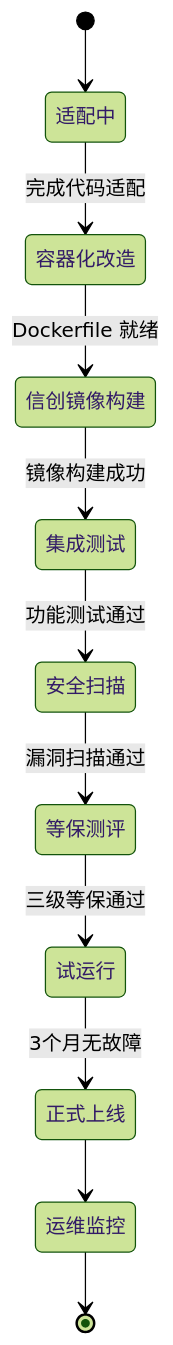
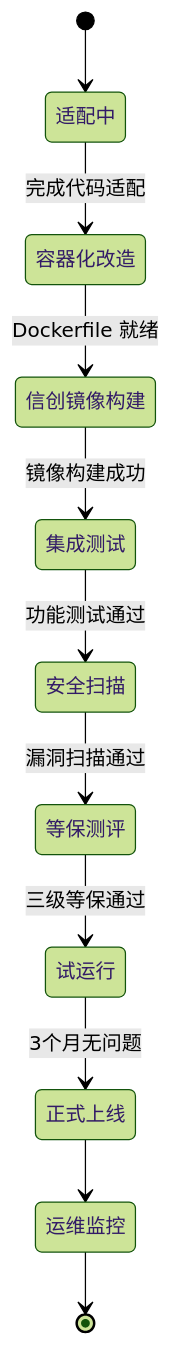
One commit to kudig-io/kudig-database changed the third of 6 diagrams in domain-20-application-patterns/01-reference-architectures/23-xinchuang-it-innovation.md. Above: the diagram before and after it, drawn with Mermaid (forest theme). The commit also changed 1236 other files, not shown here.

````diff
--- a/domain-20-application-patterns/01-reference-architectures/23-xinchuang-it-innovation.md
+++ b/domain-20-application-patterns/01-reference-architectures/23-xinchuang-it-innovation.md
@@ -227,13 +227,13 @@
 ```mermaid
 stateDiagram-v2
     [*] --> 适配中
     适配中 --> 容器化改造: 完成代码适配
     容器化改造 --> 信创镜像构建: Dockerfile 就绪
     信创镜像构建 --> 集成测试: 镜像构建成功
     集成测试 --> 安全扫描: 功能测试通过
     安全扫描 --> 等保测评: 漏洞扫描通过
     等保测评 --> 试运行: 三级等保通过
-    试运行 --> 正式上线: 3个月无故障
+    试运行 --> 正式上线: 3个月无问题
     正式上线 --> 运维监控
     运维监控 --> [*]
 ```
````
